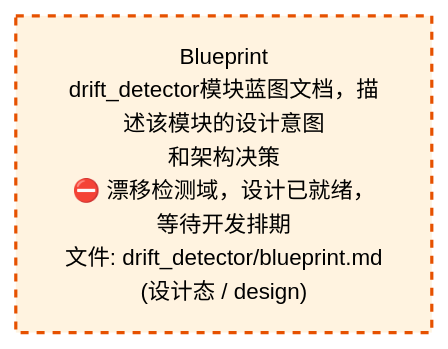
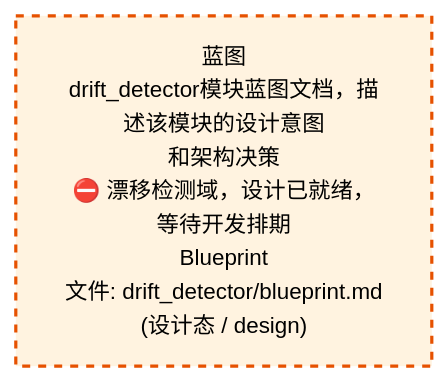
The third of 4 diagrams in docs/02_enterprise_architecture/02_domain_architecture_docs/52_d_gov_drift.md (xuanFelixVan/ZephyrAlpha), drawn with Mermaid before and after one commit. The commit also changed other lines of this file and 52 other files, not shown here.

````diff
--- a/docs/02_enterprise_architecture/02_domain_architecture_docs/52_d_gov_drift.md
+++ b/docs/02_enterprise_architecture/02_domain_architecture_docs/52_d_gov_drift.md
@@ -449,10 +449,10 @@
 ```mermaid
 %%{init: {'theme': 'base', 'themeVariables': {'primaryColor': '#eaeaea', 'primaryTextColor': '#333333', 'primaryBorderColor': '#666666', 'lineColor': '#666666', 'secondaryColor': '#eaeaea', 'tertiaryColor': '#eaeaea', 'fontSize': '14px'}}}%%
 flowchart TD
-    docs_03_modules_domain_governance_drift_detector_blueprint_md["Blueprint<br/>drift_detector模块蓝图文档，描述该模块的设计意图<br/>和架构决策<br/>⛔ 漂移检测域，设计已就绪，等待开发排期<br/>文件: drift_detector/blueprint.md<br/>(设计态 / design)"]
+    docs_03_modules_domain_governance_drift_detector_blueprint_md["蓝图<br/>drift_detector模块蓝图文档，描述该模块的设计意图<br/>和架构决策<br/>⛔ 漂移检测域，设计已就绪，等待开发排期<br/>Blueprint<br/>文件: drift_detector/blueprint.md<br/>(设计态 / design)"]
     classDef production fill:#e1f5fe,stroke:#01579b,stroke-width:2px,color:#000
     classDef design fill:#fff3e0,stroke:#e65100,stroke-width:2px,color:#000,stroke-dasharray: 5 5
     classDef external_prod fill:#e8f4fd,stroke:#0277bd,stroke-width:1px,color:#000
     classDef external_design fill:#fff8e7,stroke:#ef6c00,stroke-width:1px,color:#000,stroke-dasharray: 5 5
     class docs_03_modules_domain_governance_drift_detector_blueprint_md design
 ```
````
